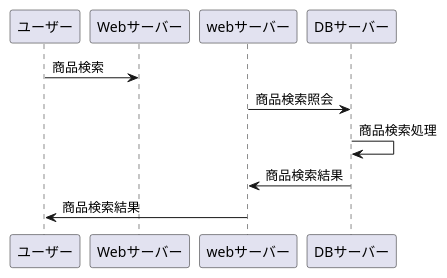
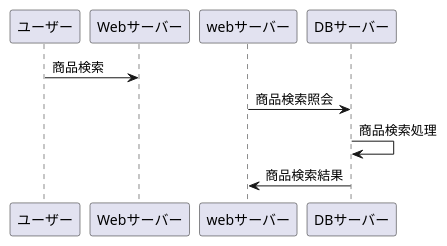
The diagram in sample.md (Aso2001397/2021sys-design), drawn with PlantUML before and after one commit.

````diff
--- a/sample.md
+++ b/sample.md
@@ -1,9 +1,8 @@
 ```uml
 @startuml
 ユーザー -> Webサーバー : 商品検索 
 webサーバー -> DBサーバー : 商品検索照会
 DBサーバー -> DBサーバー : 商品検索処理
 DBサーバー -> webサーバー : 商品検索結果
-webサーバー -> ユーザー : 商品検索結果
 @enduml
 ```
````
